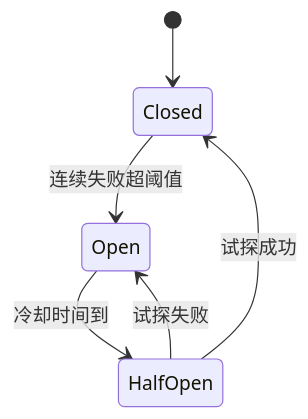
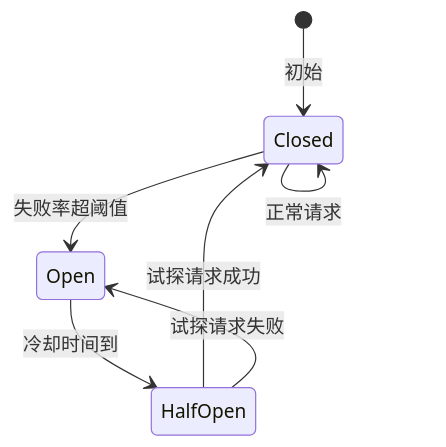
One commit to cavemancave/mw-study changed the fourth of 9 diagrams in docs/chapter10.md. Above: the diagram before and after it, drawn with Mermaid. The commit also changed other lines of this file, not shown here.

````diff
--- a/docs/chapter10.md
+++ b/docs/chapter10.md
@@ -49,8 +351,9 @@
 ```mermaid
 stateDiagram-v2
-    [*] --> Closed
-    Closed --> Open: 连续失败超阈值
+    [*] --> Closed: 初始
+    Closed --> Open: 失败率超阈值
     Open --> HalfOpen: 冷却时间到
-    HalfOpen --> Closed: 试探成功
-    HalfOpen --> Open: 试探失败
+    HalfOpen --> Closed: 试探请求成功
+    HalfOpen --> Open: 试探请求失败
+    Closed --> Closed: 正常请求
 ```
````
